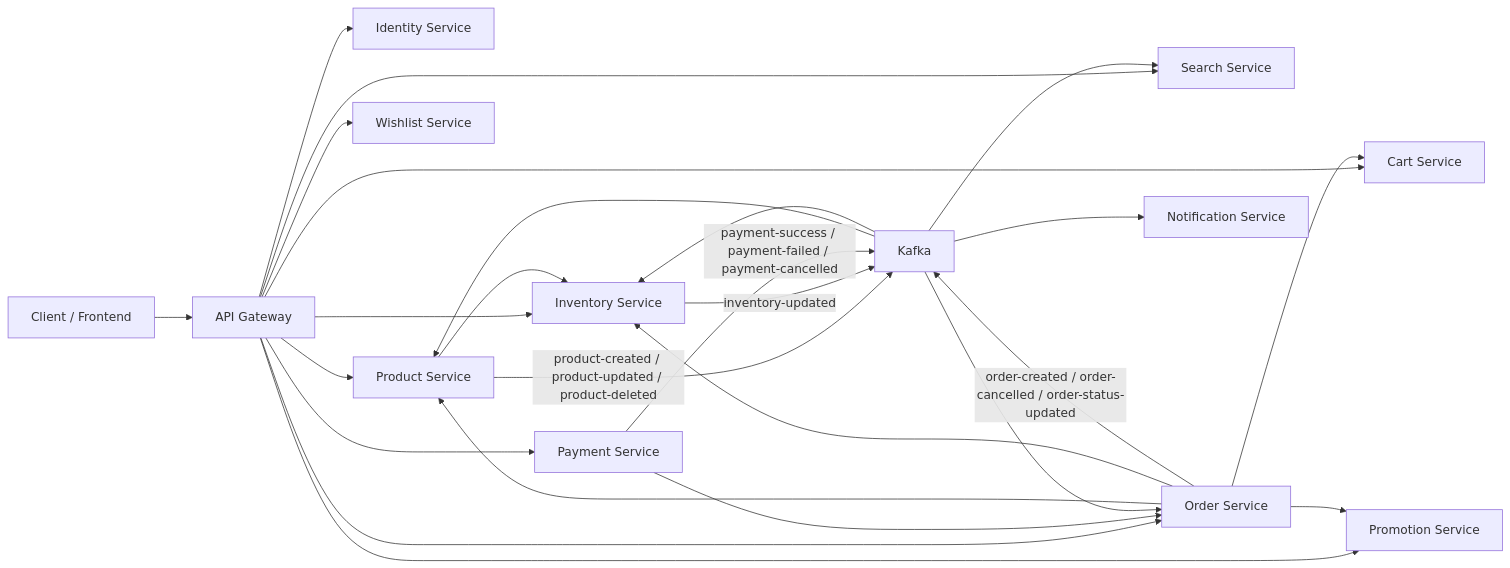
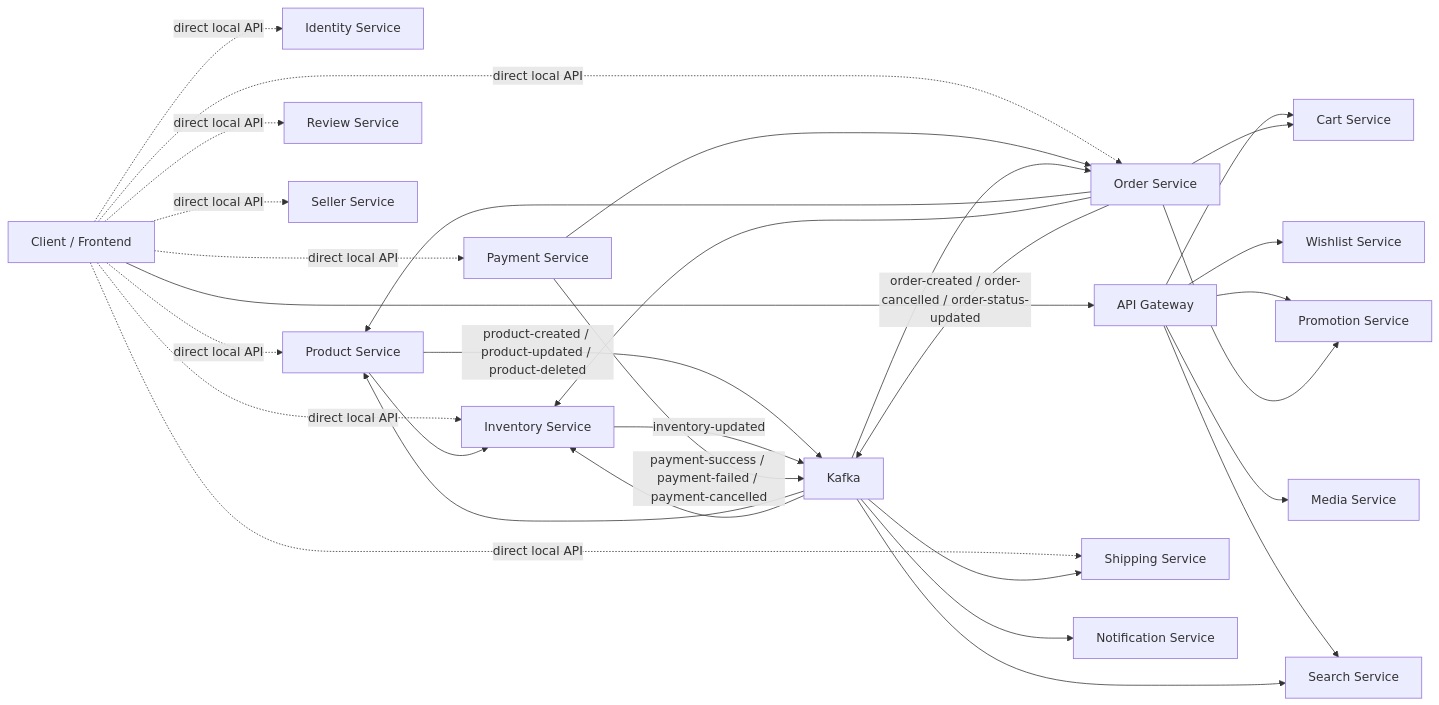
The diagram in architecture.md (dangkhoi88x/e-com-microNservice), drawn with Mermaid before and after one commit. The commit also changed other lines of this file and 1 other file, not shown here.

Commit message:
aws s3, flow check out cod fixed

````diff
--- a/architecture.md
+++ b/architecture.md
@@ -65,31 +69,36 @@
 ```mermaid
 flowchart LR
     Client["Client / Frontend"] --> Gateway["API Gateway"]
-    Gateway --> Identity["Identity Service"]
-    Gateway --> Product["Product Service"]
     Gateway --> Cart["Cart Service"]
     Gateway --> Wishlist["Wishlist Service"]
     Gateway --> Promotion["Promotion Service"]
+    Gateway --> Media["Media Service"]
     Gateway --> Search["Search Service"]
-    Gateway --> Order["Order Service"]
-    Gateway --> Payment["Payment Service"]
-    Gateway --> Inventory["Inventory Service"]
+    Client -. "direct local API" .-> Identity["Identity Service"]
+    Client -. "direct local API" .-> Product["Product Service"]
+    Client -. "direct local API" .-> Order["Order Service"]
+    Client -. "direct local API" .-> Payment["Payment Service"]
+    Client -. "direct local API" .-> Inventory["Inventory Service"]
+    Client -. "direct local API" .-> Shipping["Shipping Service"]
+    Client -. "direct local API" .-> Review["Review Service"]
+    Client -. "direct local API" .-> Seller["Seller Service"]
 
     Order --> Product
     Order --> Inventory
     Order --> Cart
     Order --> Promotion
     Payment --> Order
     Product --> Inventory
 
     Product -- "product-created / product-updated / product-deleted" --> Kafka["Kafka"]
     Inventory -- "inventory-updated" --> Kafka
     Payment -- "payment-success / payment-failed / payment-cancelled" --> Kafka
     Order -- "order-created / order-cancelled / order-status-updated" --> Kafka
 
     Kafka --> Search
     Kafka --> Product
     Kafka --> Order
     Kafka --> Inventory
     Kafka --> Notification["Notification Service"]
+    Kafka --> Shipping
 ```
````
